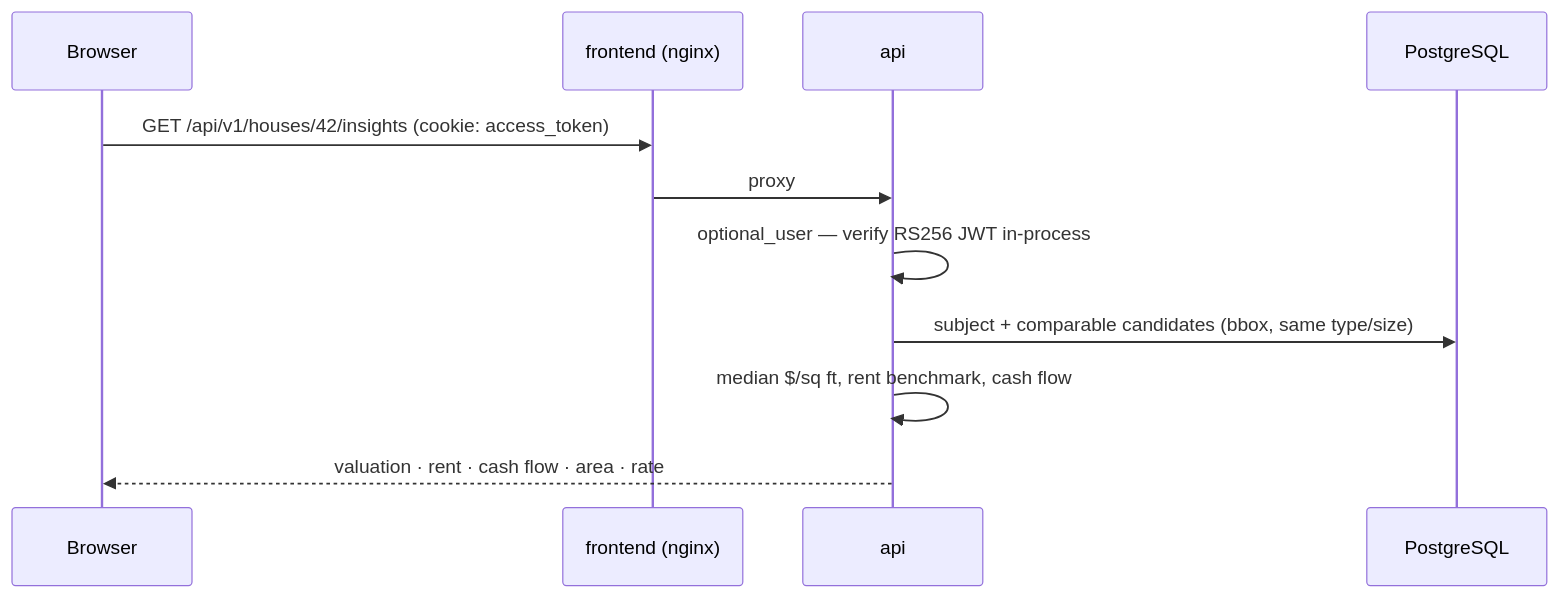
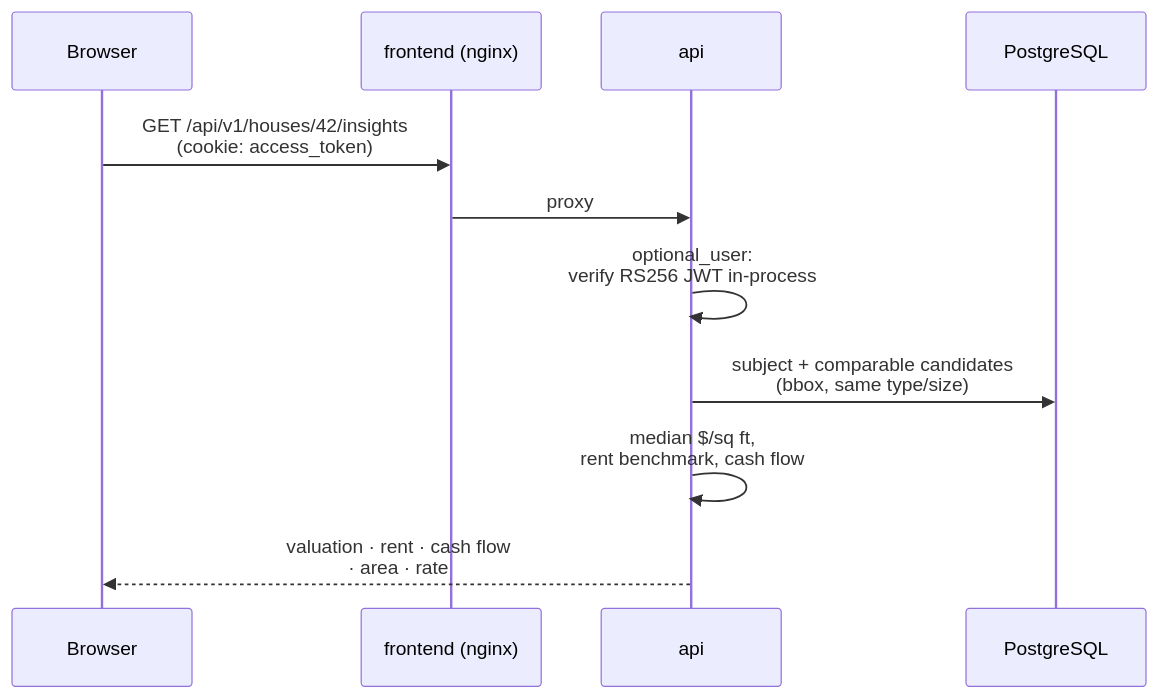
The second of 2 diagrams in docs/development/architecture.md (e-choness/NeighborIQ), drawn with Mermaid before and after one commit. The commit also changed other lines of this file and 9 other files, not shown here.

Commit message:
update mermaid version

````diff
--- a/docs/development/architecture.md
+++ b/docs/development/architecture.md
@@ -49,13 +53,13 @@
 ```mermaid
 sequenceDiagram
     participant B as Browser
     participant N as frontend (nginx)
     participant A as api
     participant P as PostgreSQL
-    B->>N: GET /api/v1/houses/42/insights (cookie: access_token)
+    B->>N: GET /api/v1/houses/42/insights<br/>(cookie: access_token)
     N->>A: proxy
-    A->>A: optional_user — verify RS256 JWT in-process
-    A->>P: subject + comparable candidates (bbox, same type/size)
-    A->>A: median $/sq ft, rent benchmark, cash flow
-    A-->>B: valuation · rent · cash flow · area · rate
+    A->>A: optional_user:<br/>verify RS256 JWT in-process
+    A->>P: subject + comparable candidates<br/>(bbox, same type/size)
+    A->>A: median $/sq ft,<br/>rent benchmark, cash flow
+    A-->>B: valuation · rent · cash flow<br/>· area · rate
 ```
````
